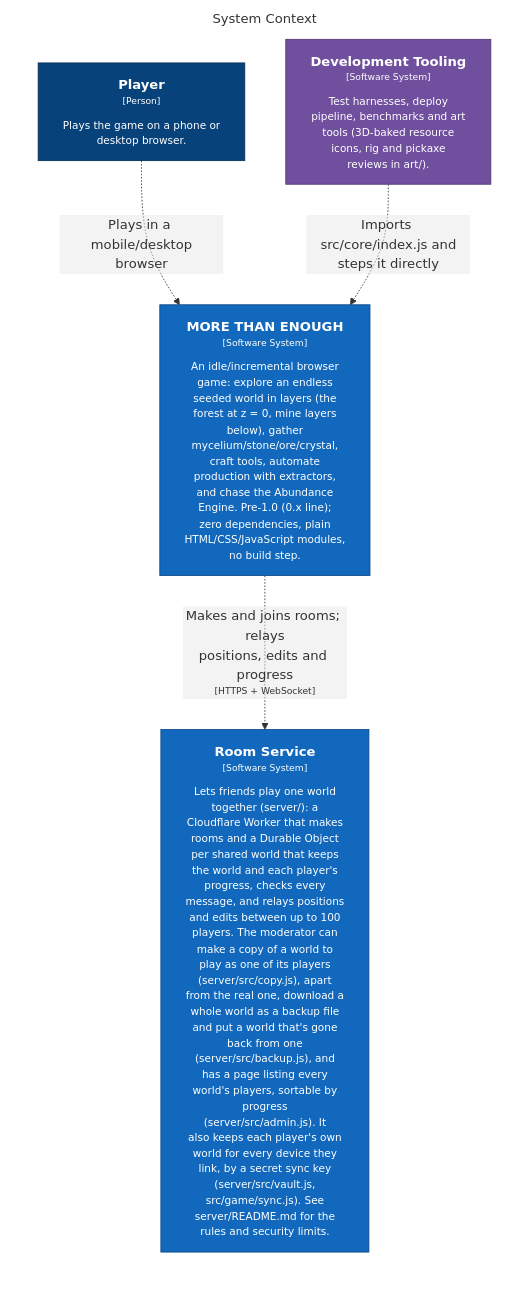
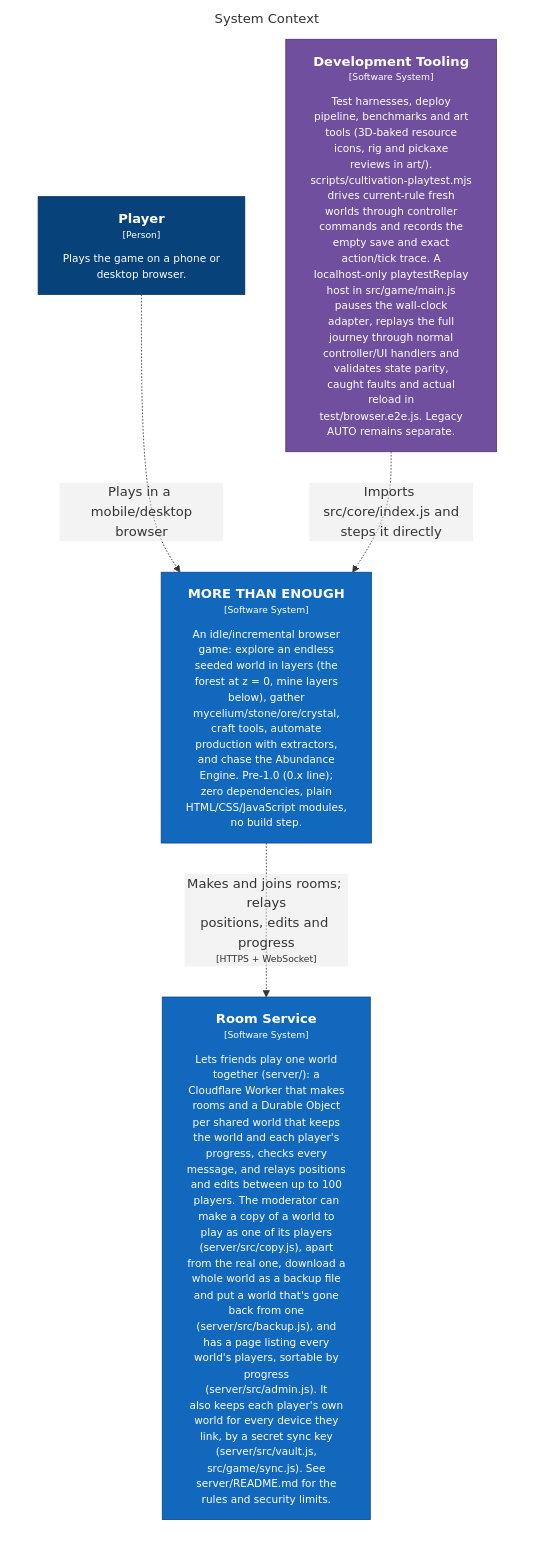
Before and after one commit to bitkojine/more-than-enough: the diagram in structurizr/diagrams/SystemContext.mmd, drawn with Mermaid. The commit also changed 18 other files, not shown here.

Commit message:
Replay current-world wins end to end and fix carrying arm clipping

```diff
--- a/structurizr/diagrams/SystemContext.mmd
+++ b/structurizr/diagrams/SystemContext.mmd
@@ -1,21 +1,21 @@
 %% Generated from structurizr/workspace.dsl — do not edit; run: node structurizr/scripts/structurizr.mjs mermaid
 graph LR
   linkStyle default fill:#ffffff
 
   subgraph diagram ["System Context"]
     style diagram fill:#ffffff,stroke:#ffffff
 
     1["<div style='font-weight: bold'>Player</div><div style='font-size: 70%; margin-top: 0px'>[Person]</div><div style='font-size: 80%; margin-top:10px'>Plays the game on a phone or<br />desktop browser.</div>"]
     style 1 fill:#08427b,stroke:#052e56,color:#ffffff
     3["<div style='font-weight: bold'>MORE THAN ENOUGH</div><div style='font-size: 70%; margin-top: 0px'>[Software System]</div><div style='font-size: 80%; margin-top:10px'>An idle/incremental browser<br />game: explore an endless<br />seeded world in layers (the<br />forest at z = 0, mine layers<br />below), gather<br />mycelium/stone/ore/crystal,<br />craft tools, automate<br />production with extractors,<br />and chase the Abundance<br />Engine. Pre-1.0 (0.x line);<br />zero dependencies, plain<br />HTML/CSS/JavaScript modules,<br />no build step.</div>"]
     style 3 fill:#1168bd,stroke:#0b4884,color:#ffffff
     34["<div style='font-weight: bold'>Room Service</div><div style='font-size: 70%; margin-top: 0px'>[Software System]</div><div style='font-size: 80%; margin-top:10px'>Lets friends play one world<br />together (server/): a<br />Cloudflare Worker that makes<br />rooms and a Durable Object<br />per shared world that keeps<br />the world and each player's<br />progress, checks every<br />message, and relays positions<br />and edits between up to 100<br />players. The moderator can<br />make a copy of a world to<br />play as one of its players<br />(server/src/copy.js), apart<br />from the real one, download a<br />whole world as a backup file<br />and put a world that's gone<br />back from one<br />(server/src/backup.js), and<br />has a page listing every<br />world's players, sortable by<br />progress<br />(server/src/admin.js). It<br />also keeps each player's own<br />world for every device they<br />link, by a secret sync key<br />(server/src/vault.js,<br />src/game/sync.js). See<br />server/README.md for the<br />rules and security limits.</div>"]
     style 34 fill:#1168bd,stroke:#0b4884,color:#ffffff
-    35["<div style='font-weight: bold'>Development Tooling</div><div style='font-size: 70%; margin-top: 0px'>[Software System]</div><div style='font-size: 80%; margin-top:10px'>Test harnesses, deploy<br />pipeline, benchmarks and art<br />tools (3D-baked resource<br />icons, rig and pickaxe<br />reviews in art/).</div>"]
+    35["<div style='font-weight: bold'>Development Tooling</div><div style='font-size: 70%; margin-top: 0px'>[Software System]</div><div style='font-size: 80%; margin-top:10px'>Test harnesses, deploy<br />pipeline, benchmarks and art<br />tools (3D-baked resource<br />icons, rig and pickaxe<br />reviews in art/).<br />scripts/cultivation-playtest.mjs<br />drives current-rule fresh<br />worlds through controller<br />commands and records the<br />empty save and exact<br />action/tick trace. A<br />localhost-only playtestReplay<br />host in src/game/main.js<br />pauses the wall-clock<br />adapter, replays the full<br />journey through normal<br />controller/UI handlers and<br />validates state parity,<br />caught faults and actual<br />reload in<br />test/browser.e2e.js. Legacy<br />AUTO remains separate.</div>"]
     style 35 fill:#6f4f9e,stroke:#4d376e,color:#ffffff
 
     1-. "<div>Plays in a mobile/desktop<br />browser</div><div style='font-size: 70%'></div>" .->3
     3-. "<div>Makes and joins rooms; relays<br />positions, edits and progress</div><div style='font-size: 70%'>[HTTPS + WebSocket]</div>" .->34
     35-. "<div>Imports src/core/index.js and<br />steps it directly</div><div style='font-size: 70%'></div>" .->3
 
   end
```
